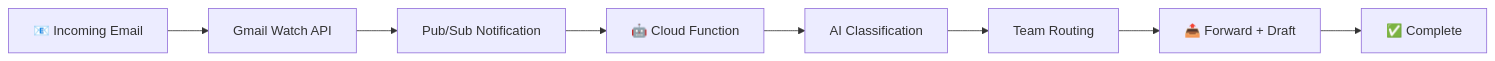
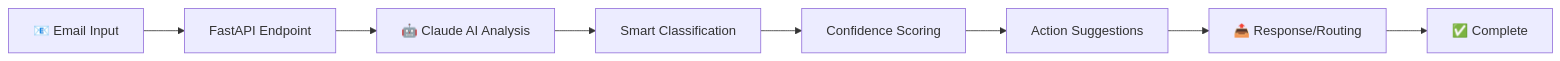
One commit to colenielsonauto/agent_arc changed the diagram in README.md. Above: the diagram before and after it, drawn with Mermaid. The commit also changed other lines of this file and 29 other files, not shown here.

Commit message:
feat: complete documentation cleanup and AI integration - Added Claude AI classification, FastAPI server, Mailgun integration, clean docs structure

````diff
--- a/README.md
+++ b/README.md
@@ -37,10 +35,10 @@
 ```mermaid
 graph LR
-    A[📧 Incoming Email] --> B[Gmail Watch API]
-    B --> C[Pub/Sub Notification]
-    C --> D[🤖 Cloud Function]
-    D --> E[AI Classification]
-    E --> F[Team Routing]
-    F --> G[📤 Forward + Draft]
+    A[📧 Email Input] --> B[FastAPI Endpoint]
+    B --> C[🤖 Claude AI Analysis]
+    C --> D[Smart Classification]
+    D --> E[Confidence Scoring]
+    E --> F[Action Suggestions]
+    F --> G[📤 Response/Routing]
     G --> H[✅ Complete]
 ```
````
